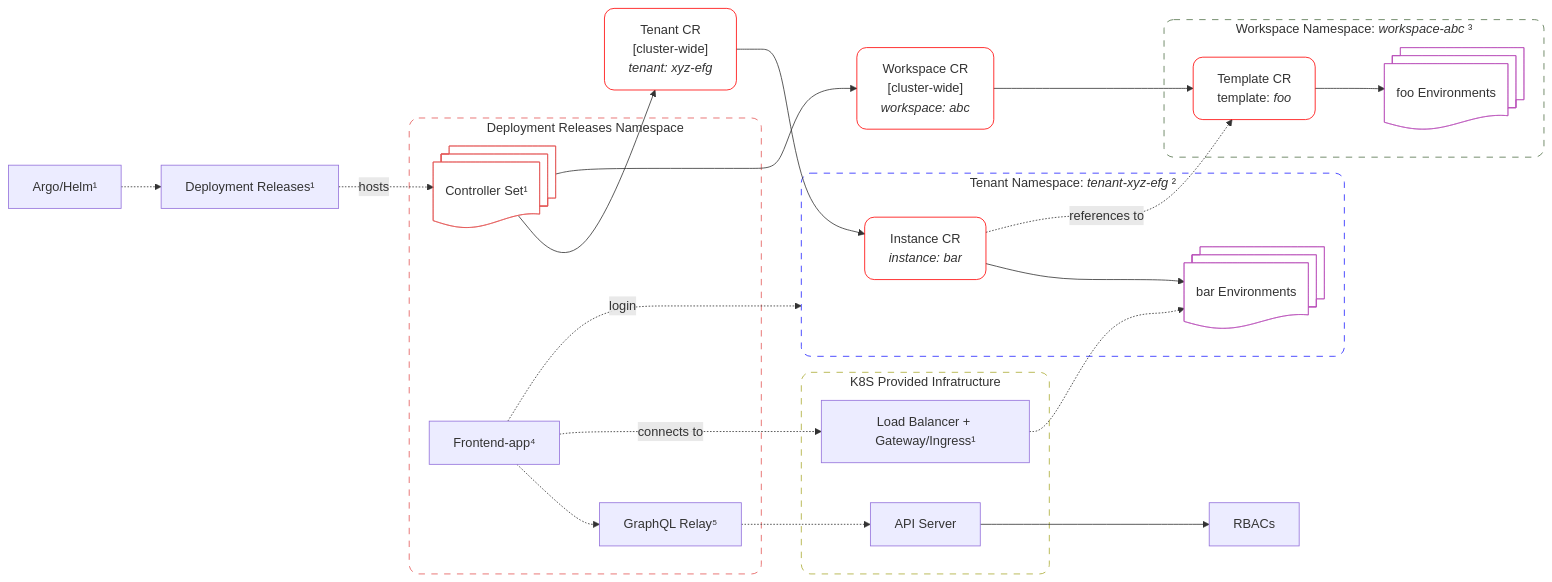
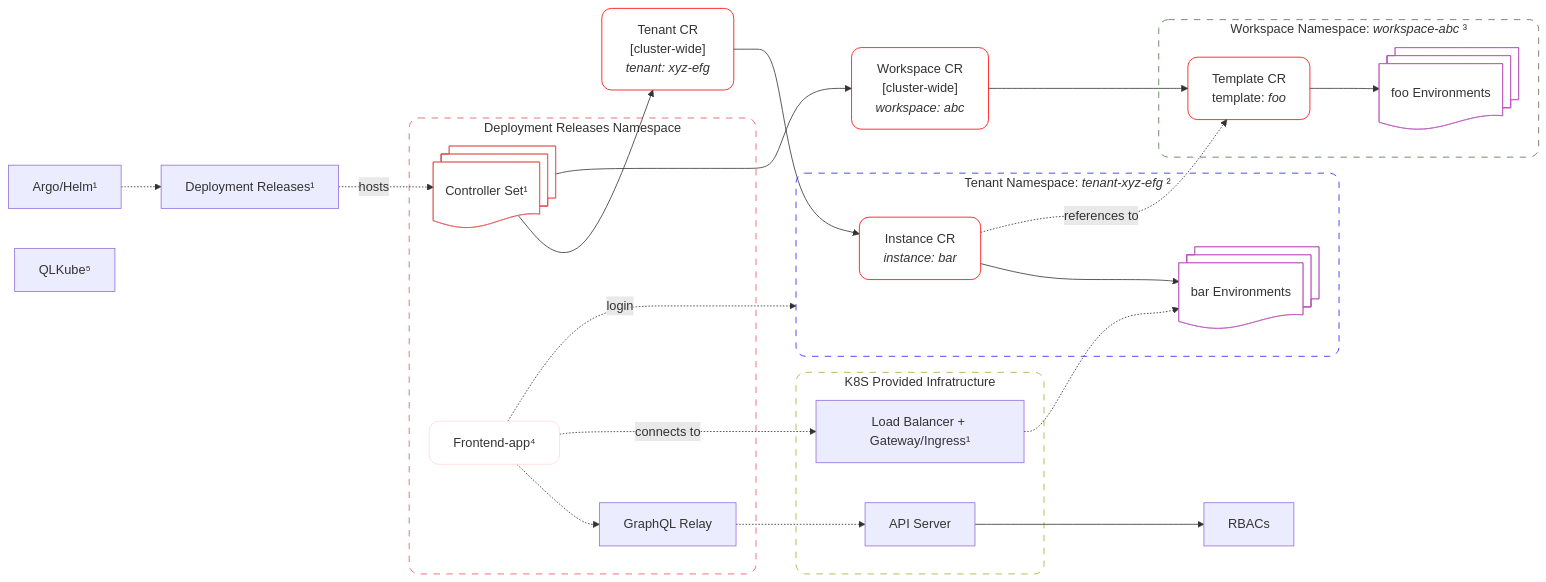
The second of 7 diagrams in BIGPICTURE.md (netgroup-polito/CrownLabs), drawn with Mermaid before and after one commit. The commit also changed other lines of this file, not shown here.

Commit message:
added graph for frontend and gateway + new color for frontend

````diff
--- a/BIGPICTURE.md
+++ b/BIGPICTURE.md
@@ -34,67 +37,70 @@
 ```mermaid
 flowchart LR
 
 Argo["Argo/Helm¹"]
 Releases["Deployment Releases¹"]
 subgraph ReleasesNS["Deployment Releases Namespace"]
     Controllers@{shape: docs, label: "Controller Set¹"}
     Frontend["Frontend-app⁴"]
-    GraphQL["GraphQL Relay⁵"]
+    GraphQL["GraphQL Relay"]
 
     Frontend .-> GraphQL
 end
 TenantCR["`Tenant CR
     [cluster-wide]
     _tenant: xyz-efg_`"]
 Controllers --> TenantCR
 subgraph TenantNS["`Tenant Namespace: _tenant-xyz-efg_ ²`"]
     InstanceCR["`Instance CR
         _instance: bar_`"]
     InstanceEnv@{shape: docs, label: "bar Environments"}
 
     InstanceCR --> InstanceEnv
 end
 subgraph K8S["K8S Provided Infratructure"]
     APIServer["API Server"]
     GWAPI["Load Balancer + Gateway/Ingress¹"]
 end
 RBAC["RBACs"]
 WorkspaceCR["`Workspace CR
     [cluster-wide]
     _workspace: abc_`"]
 Controllers --> WorkspaceCR
 subgraph WorkspaceNS["`Workspace Namespace: _workspace-abc_ ³`"]
     TemplateCR["`Template CR
         template: _foo_`"]
     TemplateEnv@{shape: docs, label: "foo Environments"}
 
     TemplateCR --> TemplateEnv
 end
+QLK["QLKube⁵"]
 
 Argo .-> Releases
 Releases -. hosts .-> Controllers
 Frontend -. login .-> TenantNS
 Frontend -. connects to .-> GWAPI
 GraphQL .-> APIServer
 GWAPI .-> InstanceEnv
 WorkspaceCR --> TemplateCR
 InstanceCR -. references to .-> TemplateCR
 TenantCR --> InstanceCR
 APIServer --> RBAC
 
 classDef GenericDashedBS fill:none,rx:12,ry:12,stroke-dasharray:8
 classDef ControllerDashedBS stroke:#E45756,rx:12,ry:12,fill:none,stroke-dasharray:8
 classDef ControllerBS stroke:#E45756,rx:12,ry:12,fill:none
 classDef WorkspaceDashedBS stroke:#54724B,rx:12,ry:12,fill:none,stroke-dasharray:8
 classDef CustomResourceBS stroke:#FF0000,rx:12,ry:12,fill:none
 classDef TenantDashedBS stroke:#2222FF,rx:12,ry:12,fill:none,stroke-dasharray:8
 classDef InstanceBS stroke:#BB55BB,rx:12,ry:12,fill:none
+classDef FrontendBS stroke:#FDDCD7,rx:12,ry:12,fill:none
 
 class K8S GenericDashedBS
 class ReleasesNS ControllerDashedBS
 class Controllers ControllerBS
 class WorkspaceCR,TenantCR,InstanceCR,TemplateCR CustomResourceBS
 class WorkspaceNS WorkspaceDashedBS
 class TenantNS TenantDashedBS
 class InstanceEnv,TemplateEnv InstanceBS
+class Frontend FrontendBS
 ```
````
